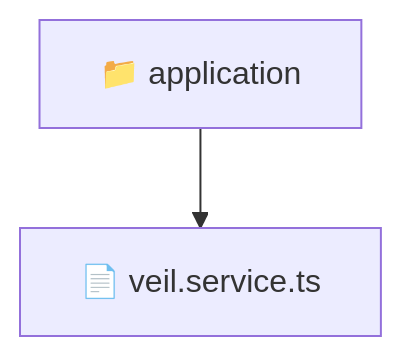
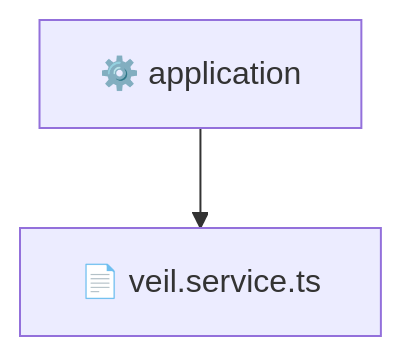
The diagram in backend/src/modules/veil/application/README.md (beginwebdev2002/fullstack-mavluda), drawn with Mermaid before and after one commit. The commit also changed other lines of this file and 165 other files, not shown here.

First line of the commit message:
docs: generate localized architectural READMEs

````diff
--- a/backend/src/modules/veil/application/README.md
+++ b/backend/src/modules/veil/application/README.md
@@ -10,5 +11,5 @@
 ```mermaid
 graph TD
-  Root["📁 application"]
-  Root --> veilservicets["📄 veil.service.ts"]
+  application["⚙️ application"]
+  application --> veil_service_ts["📄 veil.service.ts"]
 ```
````
